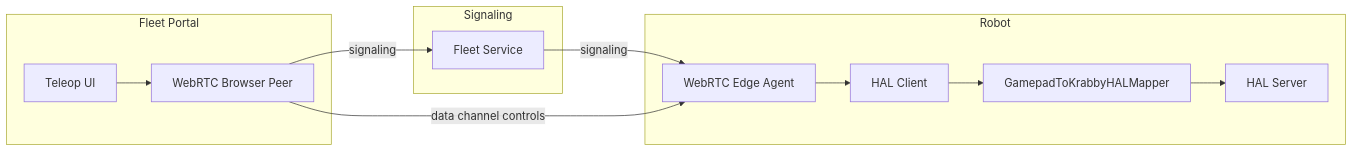
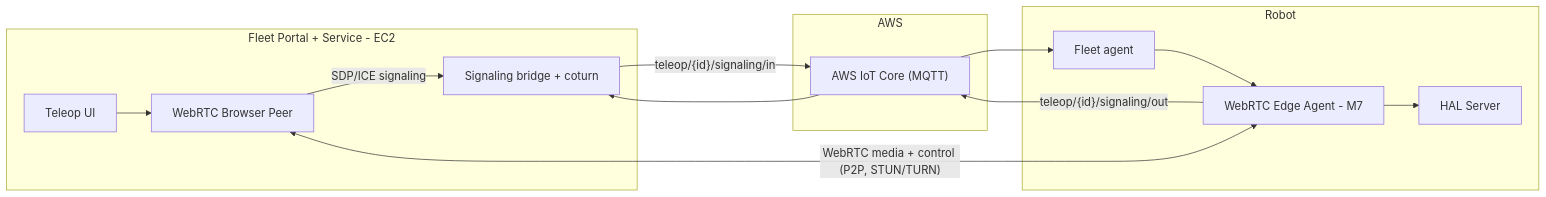
One commit to flliver/patina-foundation-grants changed the second of 2 diagrams in grants/Krabby-Uno/Milestone10-Fleet-Manager/OVERVIEW.md. Above: the diagram before and after it, drawn with Mermaid. The commit also changed other lines of this file and 7 other files, not shown here.

Commit message:
Add Milestone 15 overview for Sim2Real and first pass of heavy updates on Milestone10-fleet-manager to align better with work done on Milestone7 (teleoperations), and 14 (krabby-launcher).

````diff
--- a/grants/Krabby-Uno/Milestone10-Fleet-Manager/OVERVIEW.md
+++ b/grants/Krabby-Uno/Milestone10-Fleet-Manager/OVERVIEW.md
@@ -164,26 +168,28 @@
 ```mermaid
 flowchart LR
-  subgraph portal [Fleet Portal]
+  subgraph portal [Fleet Portal + Service - EC2]
     TeleopUI[Teleop UI]
     BrowserPeer[WebRTC Browser Peer]
+    Bridge[Signaling bridge + coturn]
   end
 
-  subgraph signaling [Signaling]
-    FleetSvc[Fleet Service]
+  subgraph cloud [AWS]
+    IoT["AWS IoT Core (MQTT)"]
   end
 
   subgraph robot [Robot]
-    EdgeAgent[WebRTC Edge Agent]
-    HalClient[HAL Client]
-    Mapper[GamepadToKrabbyHALMapper]
+    Agent[Fleet agent]
+    EdgeAgent[WebRTC Edge Agent - M7]
     HalServer[HAL Server]
   end
 
   TeleopUI --> BrowserPeer
-  BrowserPeer -->|"signaling"| FleetSvc
-  FleetSvc -->|"signaling"| EdgeAgent
-  BrowserPeer -->|"data channel controls"| EdgeAgent
-  EdgeAgent --> HalClient
-  HalClient --> Mapper
-  Mapper --> HalServer
+  BrowserPeer -->|"SDP/ICE signaling"| Bridge
+  Bridge -->|"teleop/{id}/signaling/in"| IoT
+  IoT --> Agent
+  Agent --> EdgeAgent
+  EdgeAgent -->|"teleop/{id}/signaling/out"| IoT
+  IoT --> Bridge
+  BrowserPeer <-->|"WebRTC media + control (P2P, STUN/TURN)"| EdgeAgent
+  EdgeAgent --> HalServer
 ```
````
